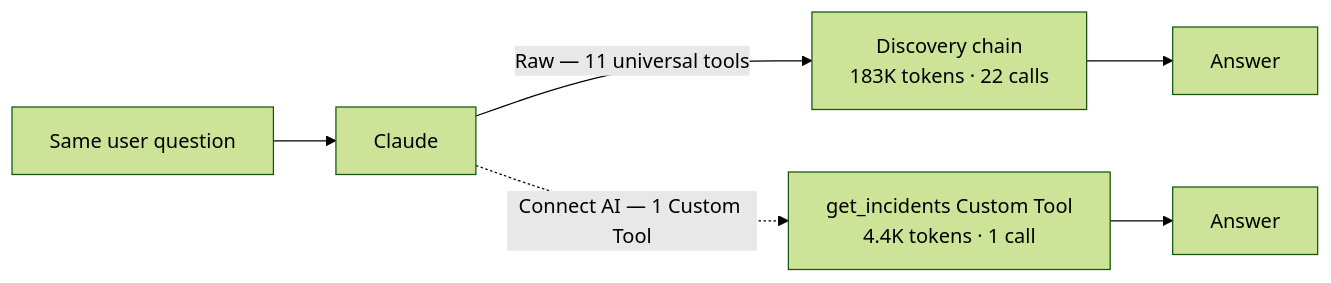
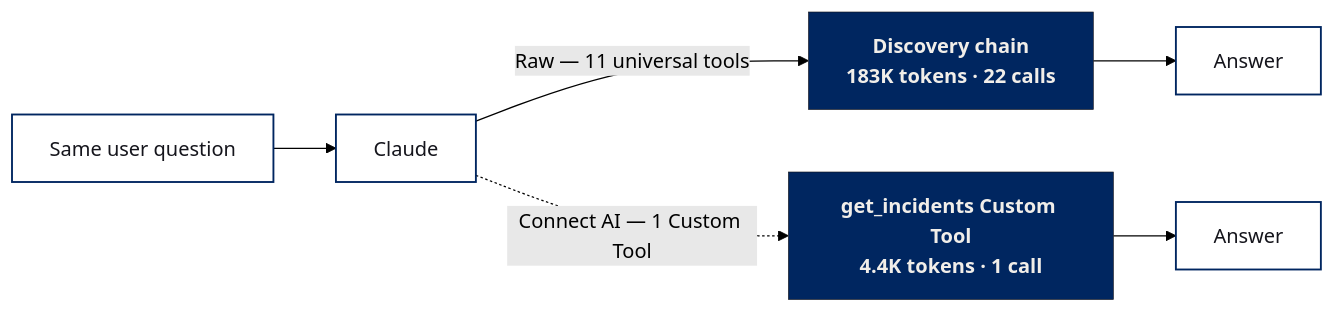
The diagram in README.md (mohsin-cdata/connectai-token-benchmark), drawn with Mermaid (forest theme) before and after one commit. The commit also changed other lines of this file and 11 other files, not shown here.

First line of the commit message:
Multi-turn runner + Google Sheets easy-mode + diagram refresh

````diff
--- a/README.md
+++ b/README.md
@@ -18,15 +18,18 @@
 ```mermaid
 flowchart LR
-    U["Same user question"]
-    C[Claude]
-    D["Discovery chain<br/>183K tokens · 22 calls"]
-    T["get_incidents Custom Tool<br/>4.4K tokens · 1 call"]
-    A1[Answer]
-    A2[Answer]
+    U[Same user question]:::mono
+    C[Claude]:::mono
+    D["Discovery chain<br/>183K tokens · 22 calls"]:::tool
+    T["get_incidents Custom Tool<br/>4.4K tokens · 1 call"]:::tool
+    A1[Answer]:::mono
+    A2[Answer]:::mono
 
     U --> C
     C -->|"Raw — 11 universal tools"| D
     D --> A1
     C -.->|"Connect AI — 1 Custom Tool"| T
     T --> A2
+
+    classDef mono fill:#FFFFFF,stroke:#002660,stroke-width:1.5px,color:#15151C;
+    classDef tool fill:#002660,stroke:#15151C,stroke-width:0.5px,color:#F1EEE9,font-weight:bold;
 ```
````
